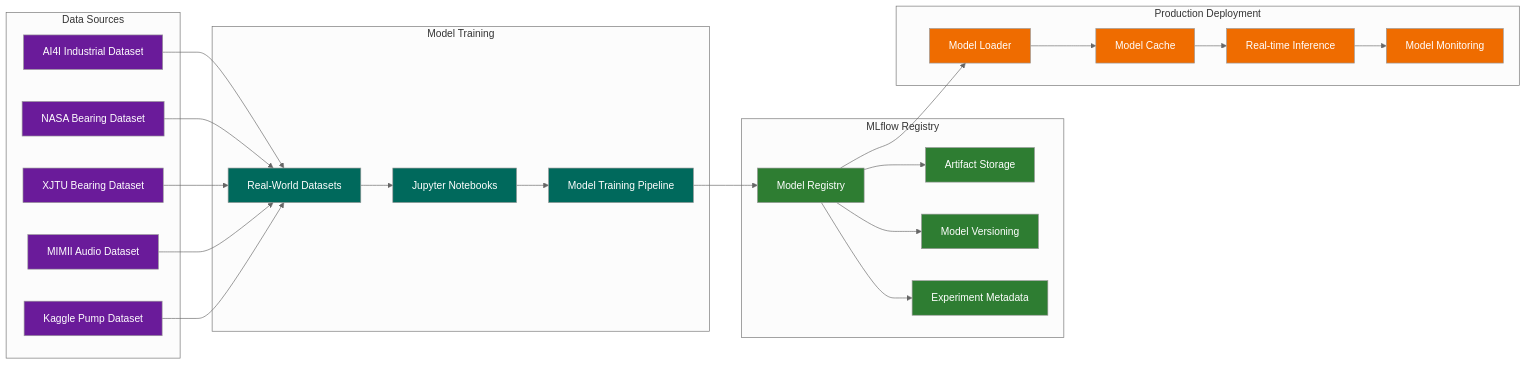
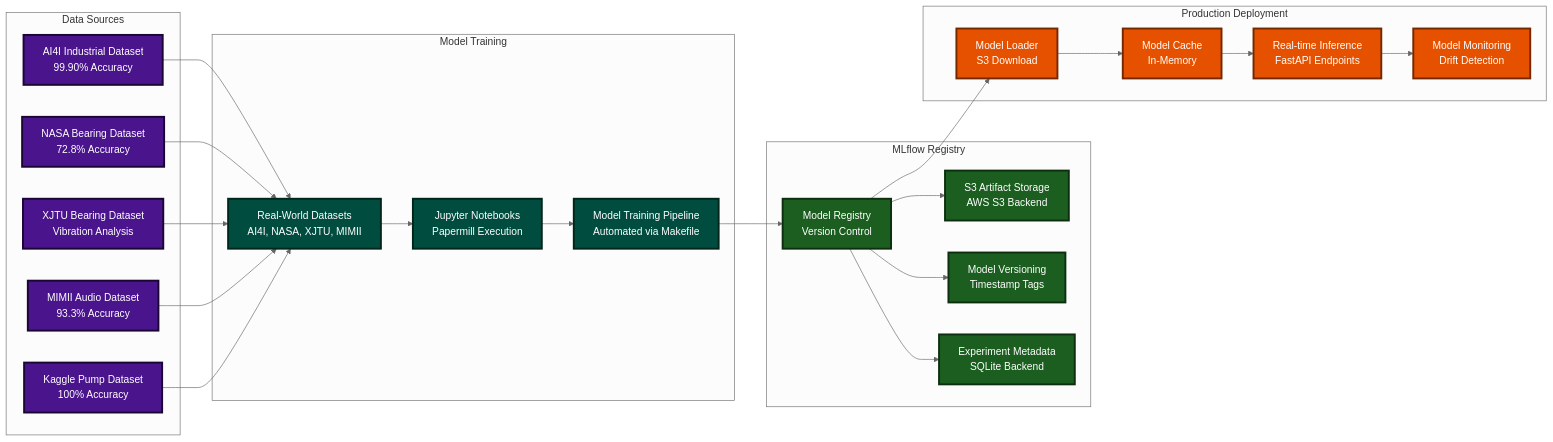
One commit to YanCotta/enterprise_challenge_sprint_1_hermes_reply changed the third of 25 diagrams in smart-maintenance-saas/docs/SYSTEM_AND_ARCHITECTURE.md. Above: the diagram before and after it, drawn with Mermaid (neutral theme). The commit also changed other lines of this file, not shown here.

Commit message:
Add comprehensive system diagrams with darker colors for better visibility

````diff
--- a/smart-maintenance-saas/docs/SYSTEM_AND_ARCHITECTURE.md
+++ b/smart-maintenance-saas/docs/SYSTEM_AND_ARCHITECTURE.md
@@ -143,58 +143,58 @@
 ```mermaid
 flowchart LR
     subgraph "Model Training"
-        NOTEBOOKS[Jupyter Notebooks]
-        DATASETS[Real-World Datasets]
-        TRAINING[Model Training Pipeline]
+        NOTEBOOKS[Jupyter Notebooks<br/>Papermill Execution]
+        DATASETS[Real-World Datasets<br/>AI4I, NASA, XJTU, MIMII]
+        TRAINING[Model Training Pipeline<br/>Automated via Makefile]
     end
 
     subgraph "MLflow Registry"
-        REGISTRY[Model Registry]
-        ARTIFACTS[Artifact Storage]
-        VERSIONING[Model Versioning]
-        METADATA[Experiment Metadata]
+        REGISTRY[Model Registry<br/>Version Control]
+        ARTIFACTS[S3 Artifact Storage<br/>AWS S3 Backend]
+        VERSIONING[Model Versioning<br/>Timestamp Tags]
+        METADATA[Experiment Metadata<br/>SQLite Backend]
     end
 
     subgraph "Production Deployment"
-        LOADER[Model Loader]
-        CACHE[Model Cache]
-        INFERENCE[Real-time Inference]
-        MONITORING[Model Monitoring]
+        LOADER[Model Loader<br/>S3 Download]
+        CACHE[Model Cache<br/>In-Memory]
+        INFERENCE[Real-time Inference<br/>FastAPI Endpoints]
+        MONITORING[Model Monitoring<br/>Drift Detection]
     end
 
     subgraph "Data Sources"
-        AI4I[AI4I Industrial Dataset]
-        NASA[NASA Bearing Dataset]
-        XJTU[XJTU Bearing Dataset]
-        MIMII[MIMII Audio Dataset]
-        KAGGLE[Kaggle Pump Dataset]
+        AI4I[AI4I Industrial Dataset<br/>99.90% Accuracy]
+        NASA[NASA Bearing Dataset<br/>72.8% Accuracy]
+        XJTU[XJTU Bearing Dataset<br/>Vibration Analysis]
+        MIMII[MIMII Audio Dataset<br/>93.3% Accuracy]
+        KAGGLE[Kaggle Pump Dataset<br/>100% Accuracy]
     end
 
     AI4I --> DATASETS
     NASA --> DATASETS
     XJTU --> DATASETS
     MIMII --> DATASETS
     KAGGLE --> DATASETS
 
     DATASETS --> NOTEBOOKS
     NOTEBOOKS --> TRAINING
     TRAINING --> REGISTRY
     REGISTRY --> ARTIFACTS
     REGISTRY --> VERSIONING
     REGISTRY --> METADATA
 
     REGISTRY --> LOADER
     LOADER --> CACHE
     CACHE --> INFERENCE
     INFERENCE --> MONITORING
 
-    classDef training fill:#00695C,color:#ffffff
-    classDef registry fill:#2E7D32,color:#ffffff
-    classDef deployment fill:#EF6C00,color:#ffffff
-    classDef data fill:#6A1B9A,color:#ffffff
+    classDef training fill:#004D40,color:#ffffff,stroke:#00251a,stroke-width:3px
+    classDef registry fill:#1B5E20,color:#ffffff,stroke:#0d2f10,stroke-width:3px
+    classDef deployment fill:#E65100,color:#ffffff,stroke:#732800,stroke-width:3px
+    classDef data fill:#4A148C,color:#ffffff,stroke:#1a0632,stroke-width:3px
 
     class NOTEBOOKS,DATASETS,TRAINING training
     class REGISTRY,ARTIFACTS,VERSIONING,METADATA registry
     class LOADER,CACHE,INFERENCE,MONITORING deployment
     class AI4I,NASA,XJTU,MIMII,KAGGLE data
 ```
````
